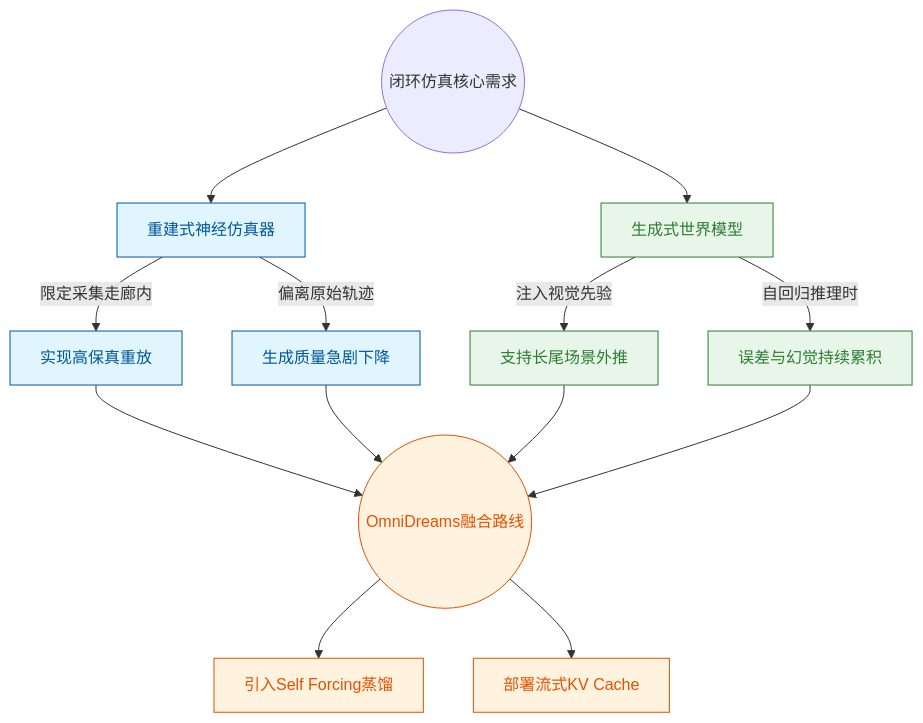
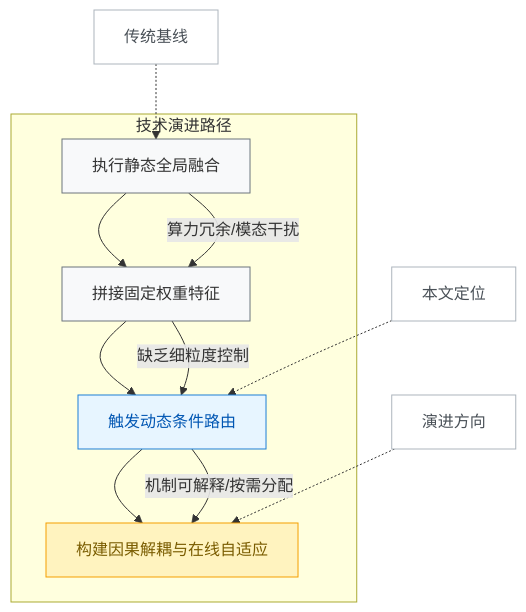
One commit to ShinewineW/paper-rolling changed the tenth of 10 diagrams in person_vault/2026-06-12_OmniDreamsRealTimeGenerativeWorldModel_2606.03159/report.md. Above: the diagram before and after it, drawn with Mermaid. The commit also changed other lines of this file and 300 other files, not shown here.

````diff
--- a/person_vault/2026-06-12_OmniDreamsRealTimeGenerativeWorldModel_2606.03159/report.md
+++ b/person_vault/2026-06-12_OmniDreamsRealTimeGenerativeWorldModel_2606.03159/report.md
@@ -639,27 +509,21 @@
 ```mermaid
 flowchart TD
-    classDef recon fill:#e1f5fe,stroke:#01579b,color:#01579b;
-    classDef gen fill:#e8f5e9,stroke:#2e7d32,color:#2e7d32;
-    classDef hybrid fill:#fff3e0,stroke:#e65100,color:#e65100;
+    classDef legacy fill:#f8f9fa,stroke:#6c757d,color:#333;
+    classDef proposed fill:#e7f5ff,stroke:#1c7ed6,color:#0056b3;
+    classDef future fill:#fff3bf,stroke:#f59f00,color:#7a5c00;
+    classDef note fill:#ffffff,stroke:#adb5bd,color:#495057;
 
-    start((闭环仿真核心需求)) --> recon_sim["重建式神经仿真器"]
-    start --> gen_sim["生成式世界模型"]
-    
-    recon_sim -->|限定采集走廊内| high_fidelity["实现高保真重放"]
-    recon_sim -->|偏离原始轨迹| quality_drop["生成质量急剧下降"]
-    
-    gen_sim -->|注入视觉先验| extrapolation["支持长尾场景外推"]
-    gen_sim -->|自回归推理时| exposure_bias["误差与幻觉持续累积"]
-    
-    high_fidelity --> hybrid_target((OmniDreams融合路线))
-    extrapolation --> hybrid_target
-    quality_drop --> hybrid_target
-    exposure_bias --> hybrid_target
-    
-    hybrid_target --> self_forcing["引入Self Forcing蒸馏"]
-    hybrid_target --> kv_cache["部署流式KV Cache"]
-    
-    class recon_sim,high_fidelity,quality_drop recon;
-    class gen_sim,extrapolation,exposure_bias gen;
-    class hybrid_target,self_forcing,kv_cache hybrid;
+    subgraph 技术演进路径
+        static_global_fusion["执行静态全局融合"] --> fixed_weight_concat["拼接固定权重特征"]
+        fixed_weight_concat --> dynamic_conditional_routing["触发动态条件路由"]
+        dynamic_conditional_routing --> causal_decoupling_online["构建因果解耦与在线自适应"]
+    end
+
+    static_global_fusion:::legacy -->|算力冗余/模态干扰| fixed_weight_concat:::legacy
+    fixed_weight_concat:::legacy -->|缺乏细粒度控制| dynamic_conditional_routing:::proposed
+    dynamic_conditional_routing:::proposed -->|机制可解释/按需分配| causal_decoupling_online:::future
+
+    legacy_baseline["传统基线"]:::note -.-> static_global_fusion
+    current_work["本文定位"]:::note -.-> dynamic_conditional_routing
+    future_direction["演进方向"]:::note -.-> causal_decoupling_online
 ```
````
